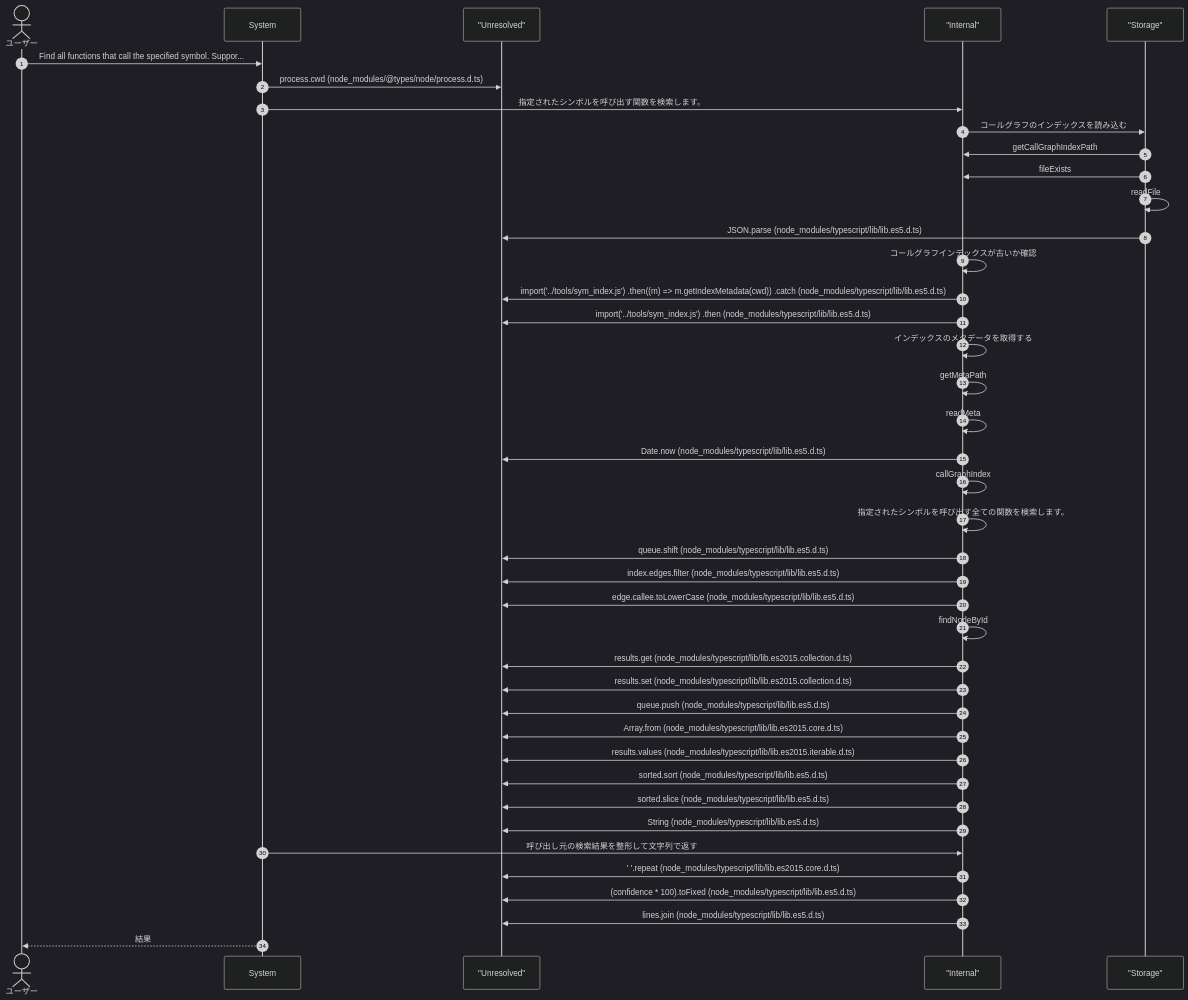
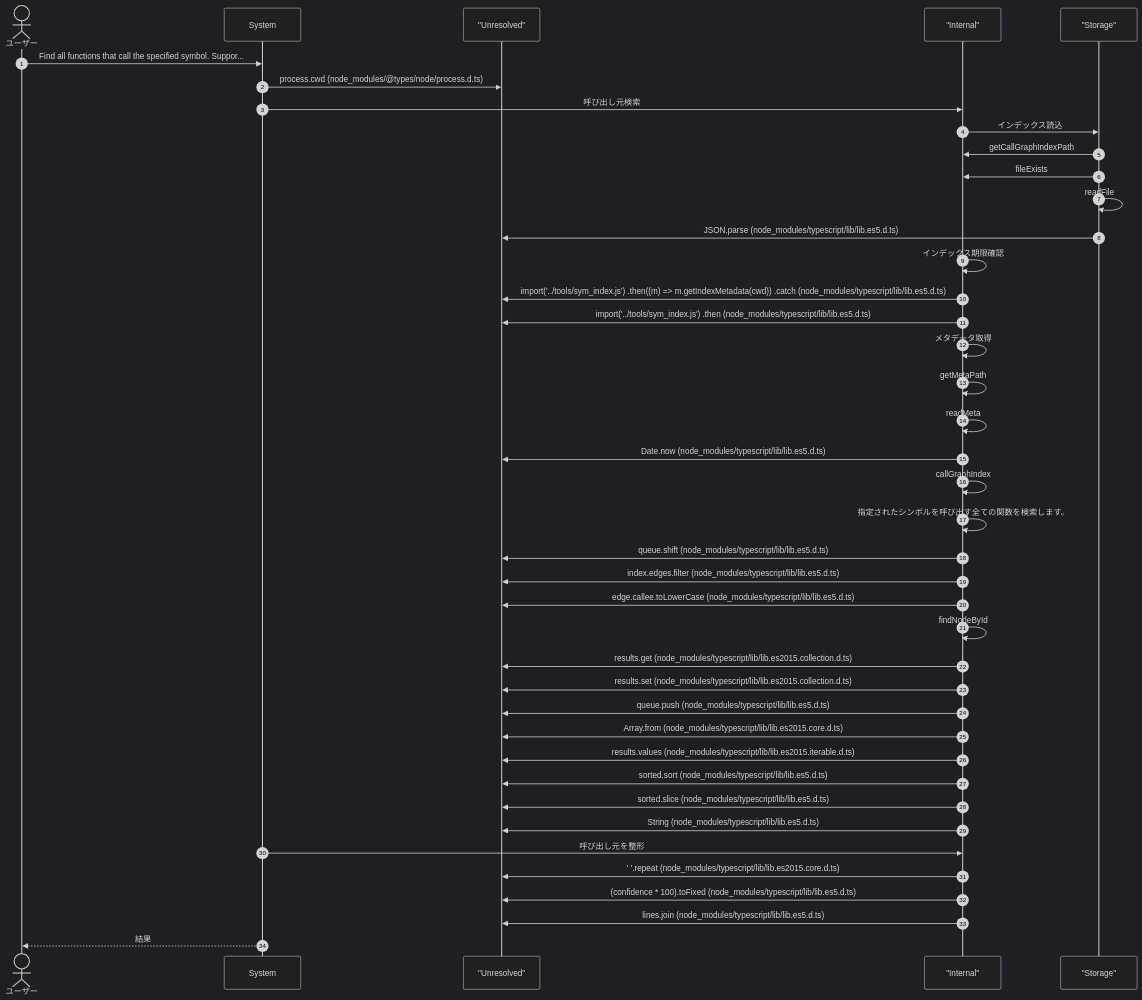
One commit to Mekann2904/mekann changed the sixth of 10 diagrams in ABDD/.pi/extensions/search/index.md. Above: the diagram before and after it, drawn with Mermaid (dark theme). The commit also changed other lines of this file and 212 other files, not shown here.

````diff
--- a/ABDD/.pi/extensions/search/index.md
+++ b/ABDD/.pi/extensions/search/index.md
@@ -347,45 +347,45 @@
 ```mermaid
 sequenceDiagram
   autonumber
   actor User as ユーザー
   participant System as System
   participant Unresolved as "Unresolved"
   participant Internal as "Internal"
   participant Storage as "Storage"
 
   User->>System: Find all functions that call the specified symbol. Suppor...
   System->>Unresolved: process.cwd (node_modules/@types/node/process.d.ts)
-  System->>Internal: 指定されたシンボルを呼び出す関数を検索します。
-  Internal->>Storage: コールグラフのインデックスを読み込む
+  System->>Internal: 呼び出し元検索
+  Internal->>Storage: インデックス読込
   Storage->>Internal: getCallGraphIndexPath
   Storage->>Internal: fileExists
   Storage->>Storage: readFile
   Storage->>Unresolved: JSON.parse (node_modules/typescript/lib/lib.es5.d.ts)
-  Internal->>Internal: コールグラフインデックスが古いか確認
+  Internal->>Internal: インデックス期限確認
   Internal->>Unresolved: import('../tools/sym_index.js') 		.then((m) => m.getIndexMetadata(cwd)) 		.catch (node_modules/typescript/lib/lib.es5.d.ts)
   Internal->>Unresolved: import('../tools/sym_index.js') 		.then (node_modules/typescript/lib/lib.es5.d.ts)
-  Internal->>Internal: インデックスのメタデータを取得する
+  Internal->>Internal: メタデータ取得
   Internal->>Internal: getMetaPath
   Internal->>Internal: readMeta
   Internal->>Unresolved: Date.now (node_modules/typescript/lib/lib.es5.d.ts)
   Internal->>Internal: callGraphIndex
   Internal->>Internal: 指定されたシンボルを呼び出す全ての関数を検索します。
   Internal->>Unresolved: queue.shift (node_modules/typescript/lib/lib.es5.d.ts)
   Internal->>Unresolved: index.edges.filter (node_modules/typescript/lib/lib.es5.d.ts)
   Internal->>Unresolved: edge.callee.toLowerCase (node_modules/typescript/lib/lib.es5.d.ts)
   Internal->>Internal: findNodeById
   Internal->>Unresolved: results.get (node_modules/typescript/lib/lib.es2015.collection.d.ts)
   Internal->>Unresolved: results.set (node_modules/typescript/lib/lib.es2015.collection.d.ts)
   Internal->>Unresolved: queue.push (node_modules/typescript/lib/lib.es5.d.ts)
   Internal->>Unresolved: Array.from (node_modules/typescript/lib/lib.es2015.core.d.ts)
   Internal->>Unresolved: results.values (node_modules/typescript/lib/lib.es2015.iterable.d.ts)
   Internal->>Unresolved: sorted.sort (node_modules/typescript/lib/lib.es5.d.ts)
   Internal->>Unresolved: sorted.slice (node_modules/typescript/lib/lib.es5.d.ts)
   Internal->>Unresolved: String (node_modules/typescript/lib/lib.es5.d.ts)
-  System->>Internal: 呼び出し元の検索結果を整形して文字列で返す
+  System->>Internal: 呼び出し元を整形
   Internal->>Unresolved: '  '.repeat (node_modules/typescript/lib/lib.es2015.core.d.ts)
   Internal->>Unresolved: (confidence * 100).toFixed (node_modules/typescript/lib/lib.es5.d.ts)
   Internal->>Unresolved: lines.join (node_modules/typescript/lib/lib.es5.d.ts)
   System-->>User: 結果
 
 ```
````
